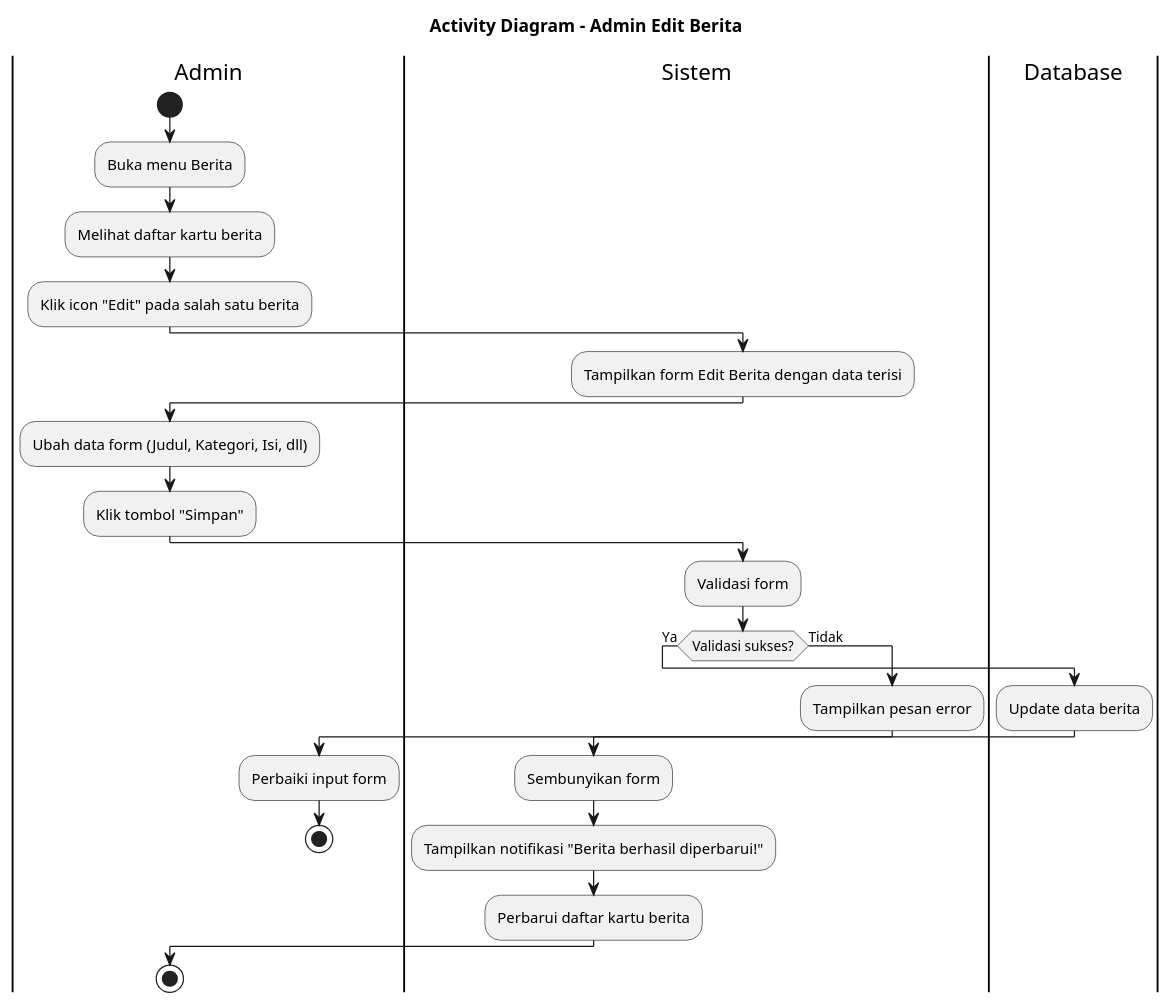
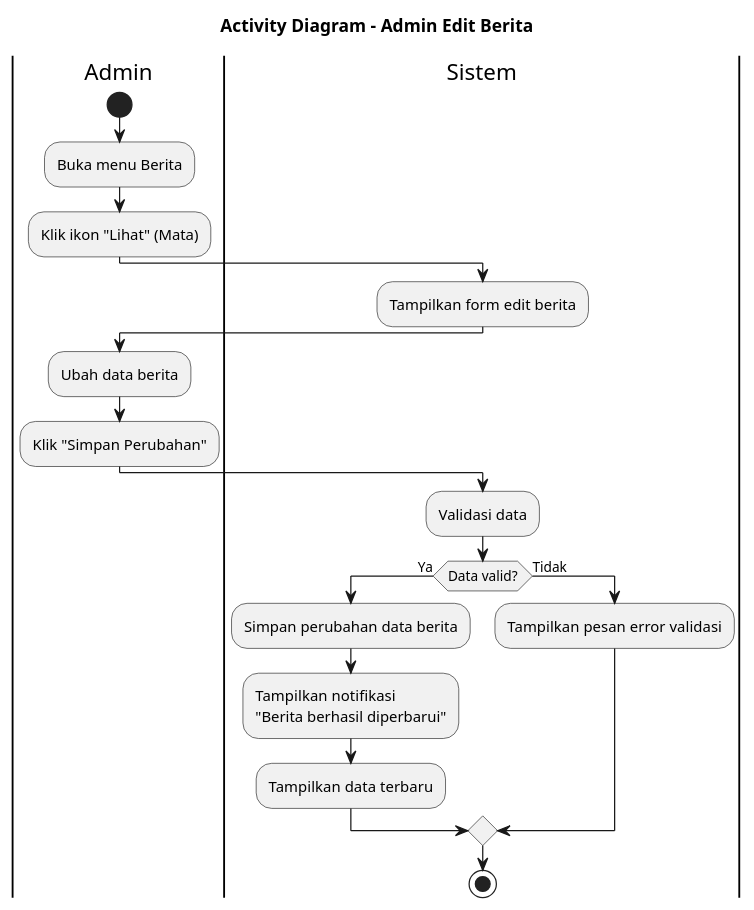
One commit to jaddu17/capstonepmikp changed the diagram in diagram/activitydiagram_admin_edit_berita.puml. Above: the diagram before and after it, drawn with PlantUML. The commit also changed 23 other files, not shown here.

Commit message:
revisi diagram

```diff
--- a/diagram/activitydiagram_admin_edit_berita.puml
+++ b/diagram/activitydiagram_admin_edit_berita.puml
@@ -1,36 +1,29 @@
 @startuml ACTIVITY_DIAGRAM_ADMIN_EDIT_BERITA
 title Activity Diagram - Admin Edit Berita
 
 |Admin|
 start
 :Buka menu Berita;
-:Melihat daftar kartu berita;
-:Klik icon "Edit" pada salah satu berita;
+:Klik ikon "Lihat" (Mata);
 
 |Sistem|
-:Tampilkan form Edit Berita dengan data terisi;
+:Tampilkan form edit berita;
 
 |Admin|
-:Ubah data form (Judul, Kategori, Isi, dll);
-:Klik tombol "Simpan";
+:Ubah data berita;
+:Klik "Simpan Perubahan";
 
 |Sistem|
-:Validasi form;
-if (Validasi sukses?) then (Ya)
-  |Database|
-  :Update data berita;
-  |Sistem|
-  :Sembunyikan form;
-  :Tampilkan notifikasi "Berita berhasil diperbarui!";
-  :Perbarui daftar kartu berita;
+:Validasi data;
+
+if (Data valid?) then (Ya)
+    :Simpan perubahan data berita;
+    :Tampilkan notifikasi
+    "Berita berhasil diperbarui";
+    :Tampilkan data terbaru;
 else (Tidak)
-  |Sistem|
-  :Tampilkan pesan error;
-  |Admin|
-  :Perbaiki input form;
-  stop
+    :Tampilkan pesan error validasi;
 endif
 
 stop
-
 @enduml
```
